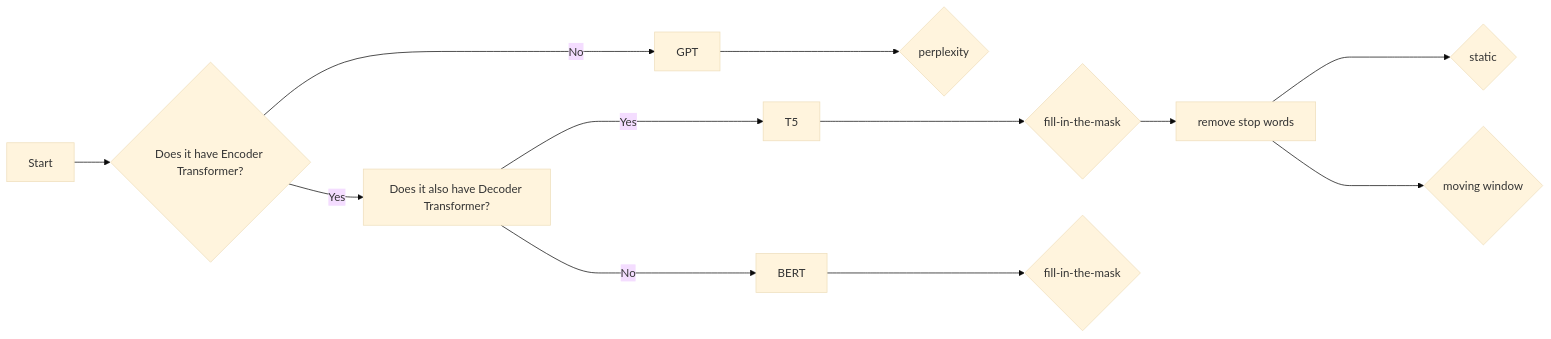
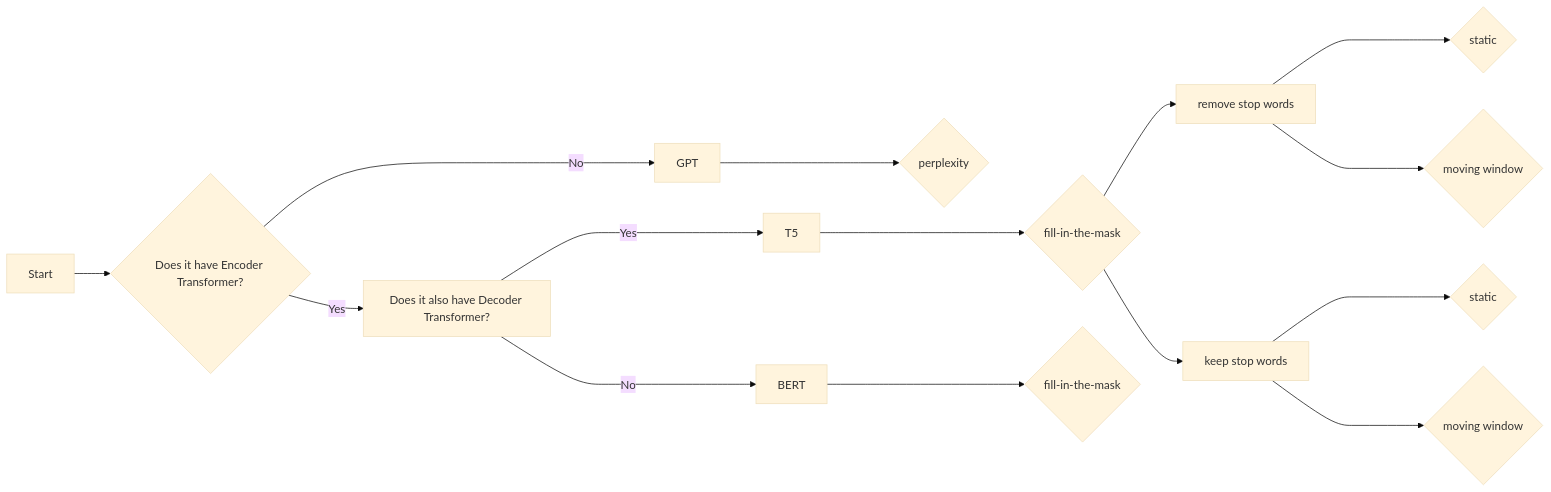
One commit to yancong222/scriptscz changed the diagram in README.md. Above: the diagram before and after it, drawn with Mermaid (base theme).

````diff
--- a/README.md
+++ b/README.md
@@ -3,14 +3,16 @@
 ```mermaid
 flowchart LR
     A[Start] --> B{Does it have Encoder Transformer?}
     B -- Yes --> C[Does it also have Decoder Transformer?]
     C -- Yes ----> D[T5] ----> G{fill-in-the-mask}
     G --> J[remove stop words] ----> K{static}
     J ----> L{moving window}
+    G --> M[keep stop words] ----> N{static}
+    M ----> O{moving window}
     C -- No ----> E[BERT] ----> H{fill-in-the-mask}
     B -- No ----> F[GPT] ----> I{perplexity}
     click A "https://github.com/yancong222/scriptscz/blob/main/perplexity/ed_perplexity.py" _blank
     click B "http://www.github.com" "Open this in a new tab" _blank
     click C href "http://www.github.com" _blank
     click D href "http://www.github.com" "Open this in a new tab" _blank
 ```
````
